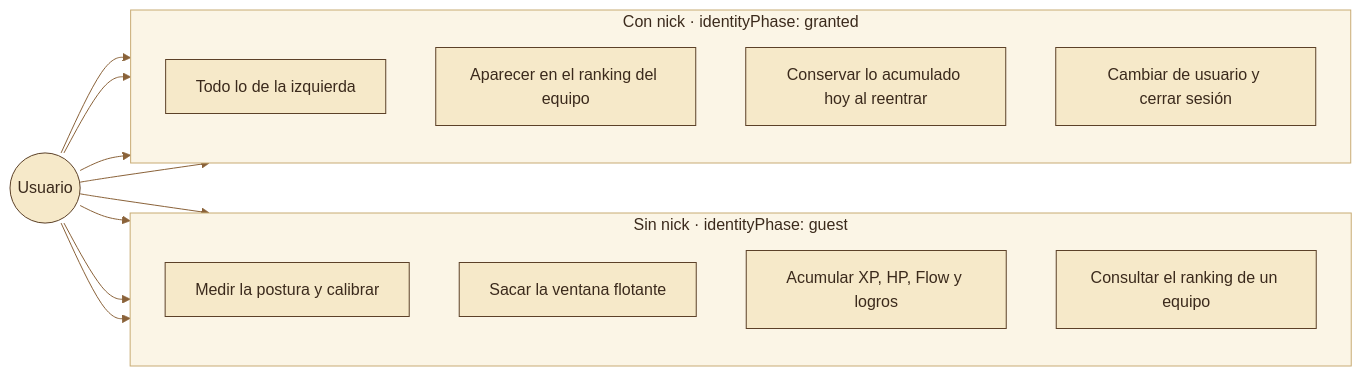
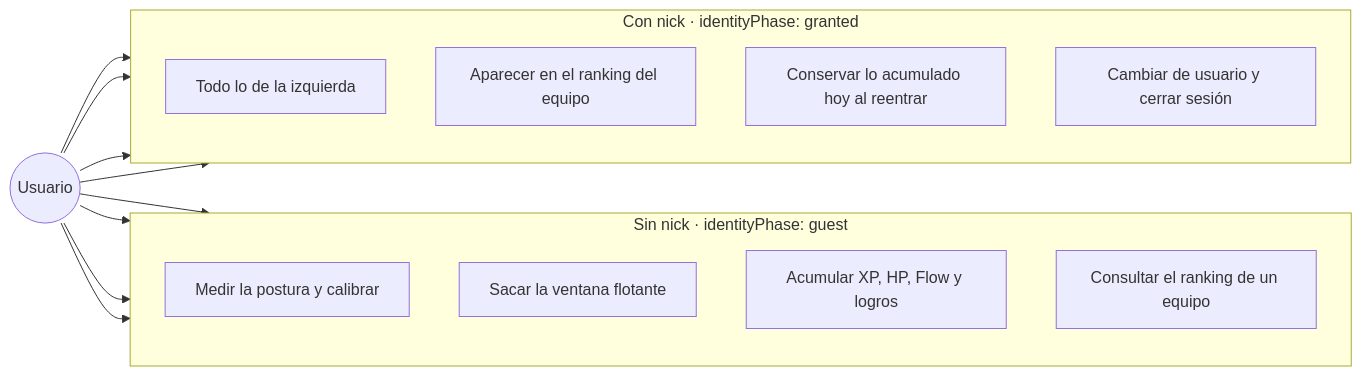
The second of 12 diagrams in docs/ARQUITECTURA.md (vicmaHo/spine-hero), drawn with Mermaid before and after one commit. The commit also changed other lines of this file, not shown here.

Commit message:
docs(fix): corrección de colores de diagramas

````diff
--- a/docs/ARQUITECTURA.md
+++ b/docs/ARQUITECTURA.md
@@ -83,21 +82,20 @@
 ```mermaid
-%%{init: {'theme':'base','themeVariables':{'fontFamily':'ui-sans-serif, system-ui, sans-serif','primaryColor':'#f6e9c9','primaryTextColor':'#3b2a1c','primaryBorderColor':'#5c4128','secondaryColor':'#efdcb4','tertiaryColor':'#fbf5e6','lineColor':'#8a6239','textColor':'#3b2a1c','mainBkg':'#f6e9c9','nodeBorder':'#5c4128','clusterBkg':'#fbf5e6','clusterBorder':'#c8ab74','edgeLabelBackground':'#f6e9c9','titleColor':'#3b2a1c'}}}%%
 flowchart LR
   U(("Usuario"))
   subgraph SIN["Sin nick · identityPhase: guest"]
     direction TB
     A1["Medir la postura y calibrar"]
     A2["Sacar la ventana flotante"]
     A3["Acumular XP, HP, Flow y logros"]
     A4["Consultar el ranking de un equipo"]
   end
   subgraph CON["Con nick · identityPhase: granted"]
     direction TB
     B1["Todo lo de la izquierda"]
     B2["Aparecer en el ranking del equipo"]
     B3["Conservar lo acumulado hoy al reentrar"]
     B4["Cambiar de usuario y cerrar sesión"]
   end
   U --> A1 & A2 & A3 & A4
   U --> B1 & B2 & B3 & B4
 ```
````
